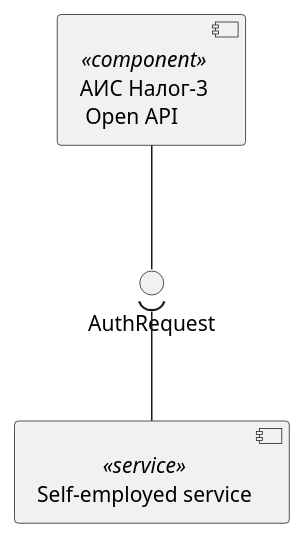
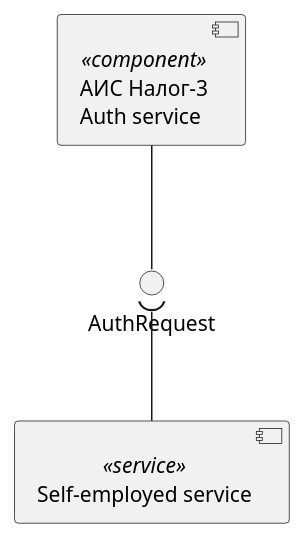
One commit to RaikBitters/ibank-internal-services changed the third of 10 diagrams in diagrams/self-employed-service/components.puml. Above: the diagram before and after it, drawn with PlantUML. The commit also changed other lines of this file and 5 other files, not shown here.

Commit message:
Updated diagrams

```diff
--- a/diagrams/self-employed-service/components.puml
+++ b/diagrams/self-employed-service/components.puml
@@ -14,10 +43,10 @@
 @startuml self-employer-authentication
 
-component "АИС Налог-3\n Open API" as OpenAPI <<component>>
+component "АИС Налог-3\nAuth service" as Tax3AuthService <<component>>
 interface "AuthRequest" as authRequest
 component "Self-employed service" as SelfEmplService <<service>>
 
-OpenAPI --() authRequest
+Tax3AuthService --() authRequest
 SelfEmplService -up-( authRequest
 
 @enduml
```
